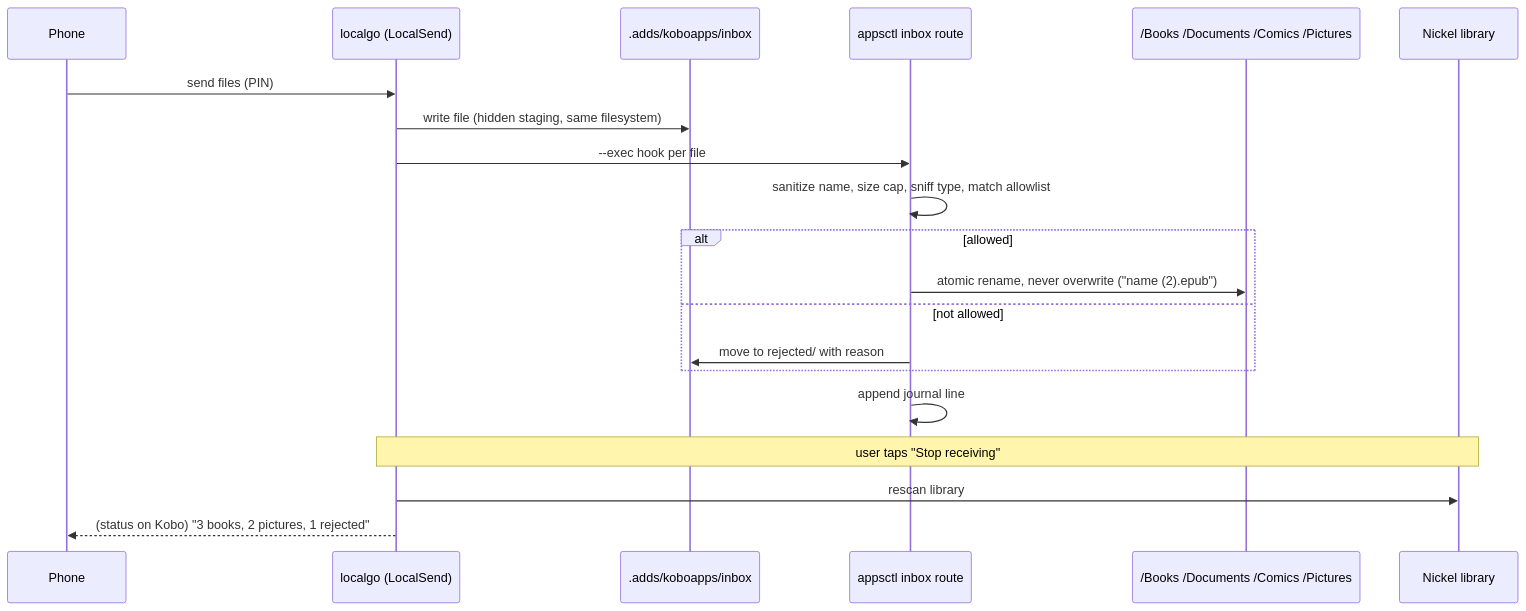
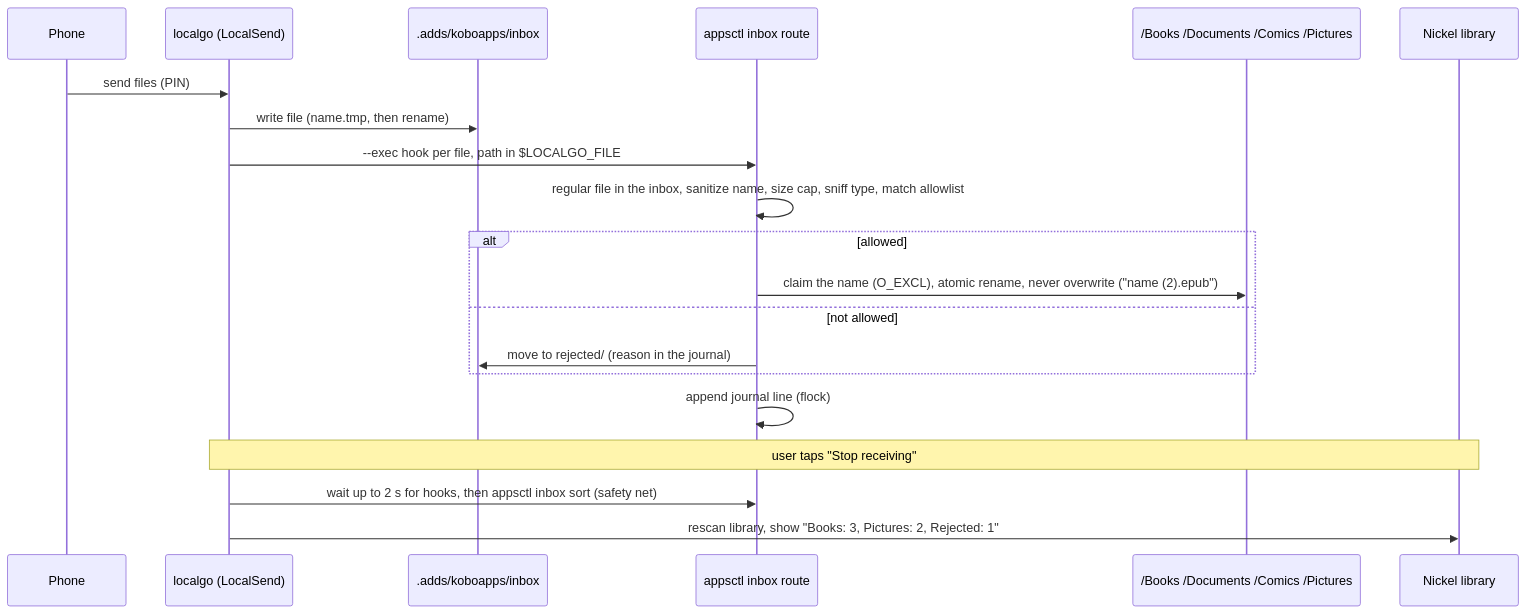
One commit to minhdangphuoc/NickelDrawer changed the second of 2 diagrams in docs/ARCHITECTURE.md. Above: the diagram before and after it, drawn with Mermaid. The commit also changed other lines of this file and 46 other files, not shown here.

First line of the commit message:
feat: inbox router sorts received files into library folders

````diff
--- a/docs/ARCHITECTURE.md
+++ b/docs/ARCHITECTURE.md
@@ -87,22 +88,22 @@
 ```mermaid
 sequenceDiagram
   participant Phone
   participant LS as localgo (LocalSend)
   participant Inbox as .adds/koboapps/inbox
   participant Router as appsctl inbox route
   participant Lib as /Books /Documents /Comics /Pictures
   participant Kobo as Nickel library
   Phone->>LS: send files (PIN)
-  LS->>Inbox: write file (hidden staging, same filesystem)
-  LS->>Router: --exec hook per file
-  Router->>Router: sanitize name, size cap, sniff type, match allowlist
+  LS->>Inbox: write file (name.tmp, then rename)
+  LS->>Router: --exec hook per file, path in $LOCALGO_FILE
+  Router->>Router: regular file in the inbox, sanitize name, size cap, sniff type, match allowlist
   alt allowed
-    Router->>Lib: atomic rename, never overwrite ("name (2).epub")
+    Router->>Lib: claim the name (O_EXCL), atomic rename, never overwrite ("name (2).epub")
   else not allowed
-    Router->>Inbox: move to rejected/ with reason
+    Router->>Inbox: move to rejected/ (reason in the journal)
   end
-  Router->>Router: append journal line
+  Router->>Router: append journal line (flock)
   Note over LS,Kobo: user taps "Stop receiving"
-  LS->>Kobo: rescan library
-  LS-->>Phone: (status on Kobo) "3 books, 2 pictures, 1 rejected"
+  LS->>Router: wait up to 2 s for hooks, then appsctl inbox sort (safety net)
+  LS->>Kobo: rescan library, show "Books: 3, Pictures: 2, Rejected: 1"
 ```
````
